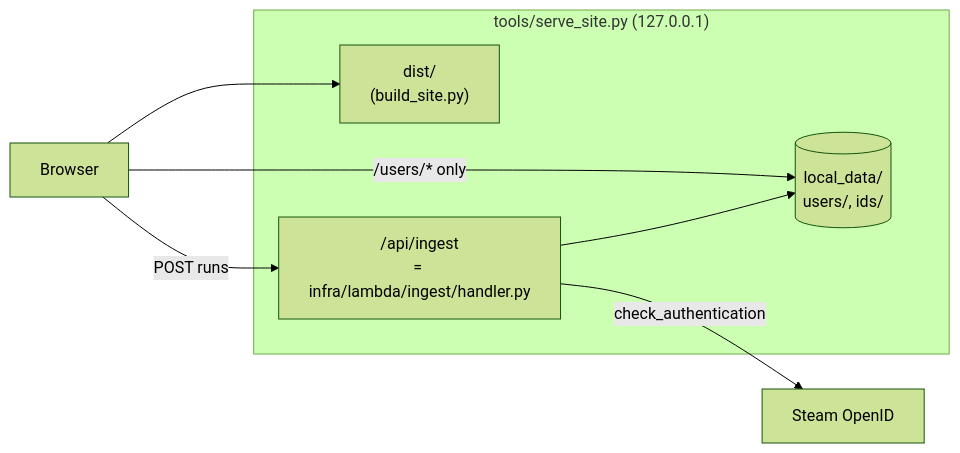
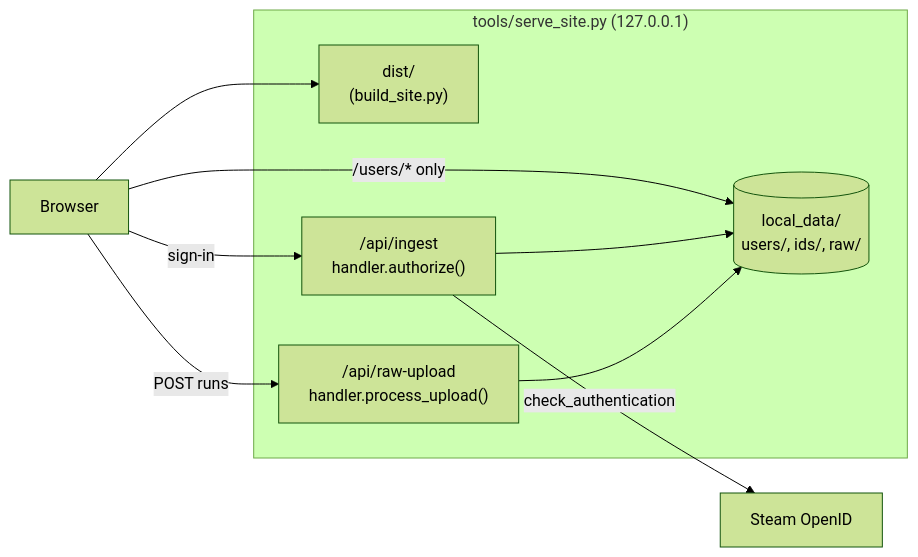
The fourth of 6 diagrams in README.md (johnstonjesse329/slay-my-stats), drawn with Mermaid (forest theme) before and after one commit. The commit also changed other lines of this file and 13 other files, not shown here.

````diff
--- a/README.md
+++ b/README.md
@@ -345,13 +386,16 @@
 ```mermaid
 flowchart LR
     subgraph local["tools/serve_site.py (127.0.0.1)"]
         dist["dist/<br/>(build_site.py)"]
-        users[("local_data/<br/>users/, ids/")]
-        ingest["/api/ingest<br/>= infra/lambda/ingest/handler.py"]
+        users[("local_data/<br/>users/, ids/, raw/")]
+        ingest["/api/ingest<br/>handler.authorize()"]
+        rawup["/api/raw-upload<br/>handler.process_upload()"]
     end
     b["Browser"] --> dist
     b -- "/users/* only" --> users
-    b -- "POST runs" --> ingest
+    b -- "sign-in" --> ingest
+    b -- "POST runs" --> rawup
     ingest --> users
+    rawup --> users
     ingest -- "check_authentication" --> steam["Steam OpenID"]
 ```
````
